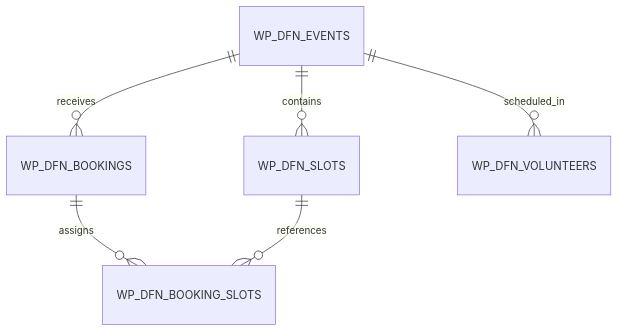
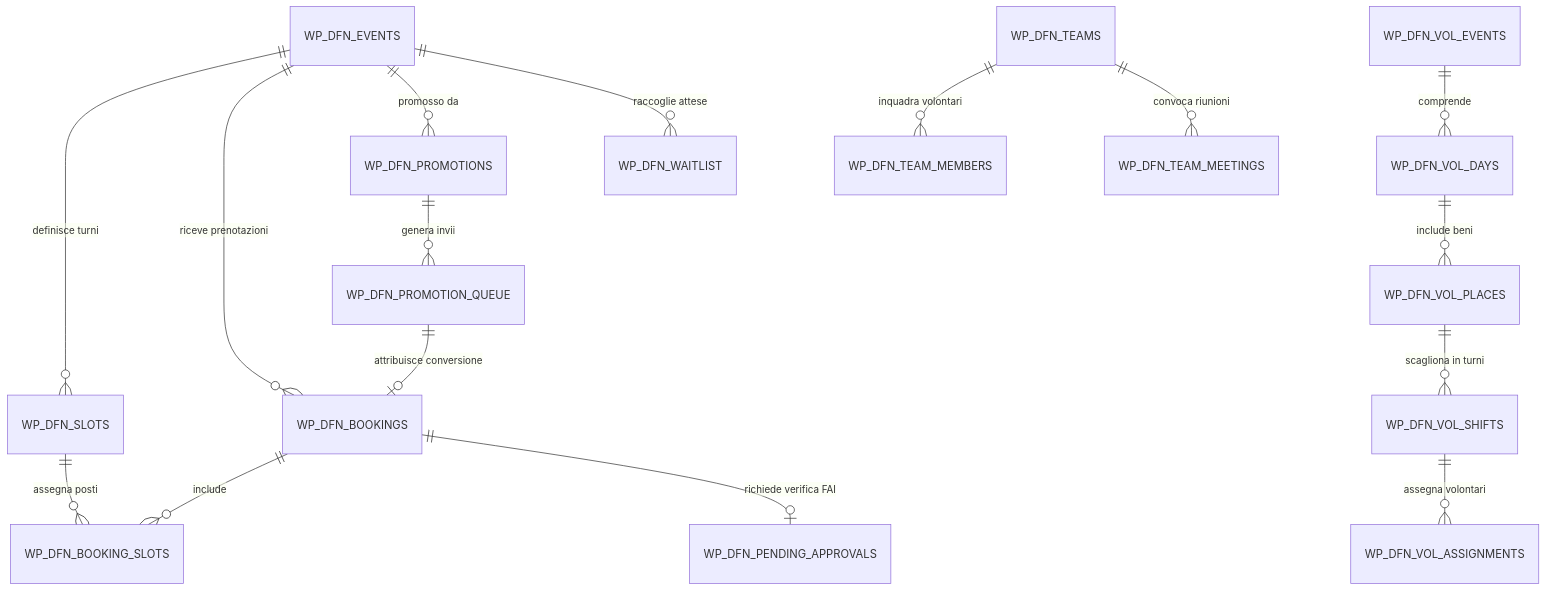
One commit to alexvezz87/dfn-bedrock changed the diagram in docs/DATABASE_SCHEMA.md. Above: the diagram before and after it, drawn with Mermaid. The commit also changed other lines of this file and 10 other files, not shown here.

Commit message:
docs: allinea documentazione docs/ con wiki remota (promozioni, schema database, moduli ON/OFF e booking widget)

````diff
--- a/docs/DATABASE_SCHEMA.md
+++ b/docs/DATABASE_SCHEMA.md
@@ -9,8 +10,22 @@
 ```mermaid
 erDiagram
-    WP_DFN_EVENTS ||--o{ WP_DFN_SLOTS : contains
-    WP_DFN_EVENTS ||--o{ WP_DFN_BOOKINGS : receives
-    WP_DFN_BOOKINGS ||--o{ WP_DFN_BOOKING_SLOTS : assigns
-    WP_DFN_SLOTS ||--o{ WP_DFN_BOOKING_SLOTS : references
-    WP_DFN_EVENTS ||--o{ WP_DFN_VOLUNTEERS : scheduled_in
+    WP_DFN_EVENTS ||--o{ WP_DFN_SLOTS : "definisce turni"
+    WP_DFN_EVENTS ||--o{ WP_DFN_BOOKINGS : "riceve prenotazioni"
+    WP_DFN_EVENTS ||--o{ WP_DFN_PROMOTIONS : "promosso da"
+    WP_DFN_EVENTS ||--o{ WP_DFN_WAITLIST : "raccoglie attese"
+    
+    WP_DFN_SLOTS ||--o{ WP_DFN_BOOKING_SLOTS : "assegna posti"
+    WP_DFN_BOOKINGS ||--o{ WP_DFN_BOOKING_SLOTS : "include"
+    WP_DFN_BOOKINGS ||--o| WP_DFN_PENDING_APPROVALS : "richiede verifica FAI"
+    
+    WP_DFN_PROMOTIONS ||--o{ WP_DFN_PROMOTION_QUEUE : "genera invii"
+    WP_DFN_PROMOTION_QUEUE ||--o| WP_DFN_BOOKINGS : "attribuisce conversione"
+    
+    WP_DFN_VOL_EVENTS ||--o{ WP_DFN_VOL_DAYS : "comprende"
+    WP_DFN_VOL_DAYS ||--o{ WP_DFN_VOL_PLACES : "include beni"
+    WP_DFN_VOL_PLACES ||--o{ WP_DFN_VOL_SHIFTS : "scagliona in turni"
+    WP_DFN_VOL_SHIFTS ||--o{ WP_DFN_VOL_ASSIGNMENTS : "assegna volontari"
+    
+    WP_DFN_TEAMS ||--o{ WP_DFN_TEAM_MEMBERS : "inquadra volontari"
+    WP_DFN_TEAMS ||--o{ WP_DFN_TEAM_MEETINGS : "convoca riunioni"
 ```
````
